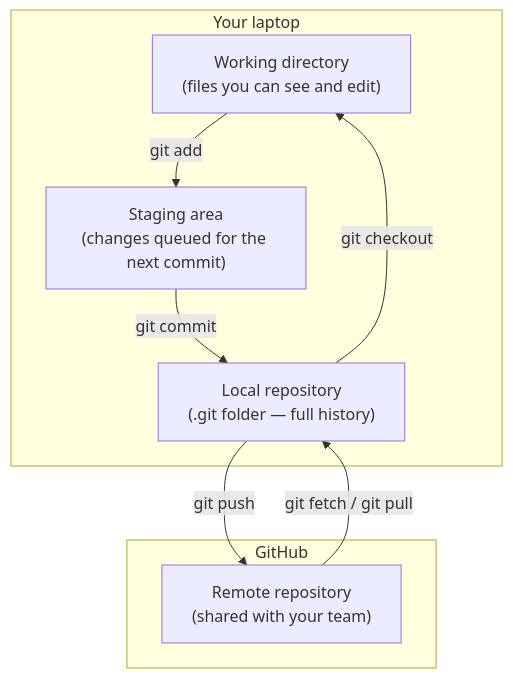
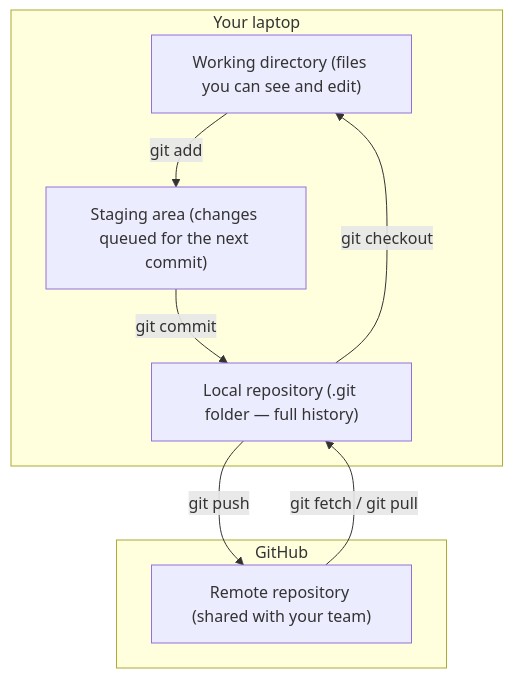
Before and after one commit to Ch3w3y/docker_gcp: the first of 6 diagrams in docs/git-fundamentals.md, drawn with Mermaid. The commit also changed other lines of this file and 10 other files, not shown here.

First line of the commit message:
Fix mermaid diagram rendering: replace literal \n with spaces

````diff
--- a/docs/git-fundamentals.md
+++ b/docs/git-fundamentals.md
@@ -32,18 +32,18 @@
 ```mermaid
 flowchart TD
     subgraph Local["Your laptop"]
-        WD["Working directory\n(files you can see and edit)"]
-        SA["Staging area\n(changes queued for the next commit)"]
-        LR["Local repository\n(.git folder — full history)"]
+        WD["Working directory (files you can see and edit)"]
+        SA["Staging area (changes queued for the next commit)"]
+        LR["Local repository (.git folder — full history)"]
     end
 
     subgraph Remote["GitHub"]
-        RR["Remote repository\n(shared with your team)"]
+        RR["Remote repository (shared with your team)"]
     end
 
     WD -->|"git add"| SA
     SA -->|"git commit"| LR
     LR -->|"git push"| RR
     RR -->|"git fetch / git pull"| LR
     LR -->|"git checkout"| WD
 ```
````
